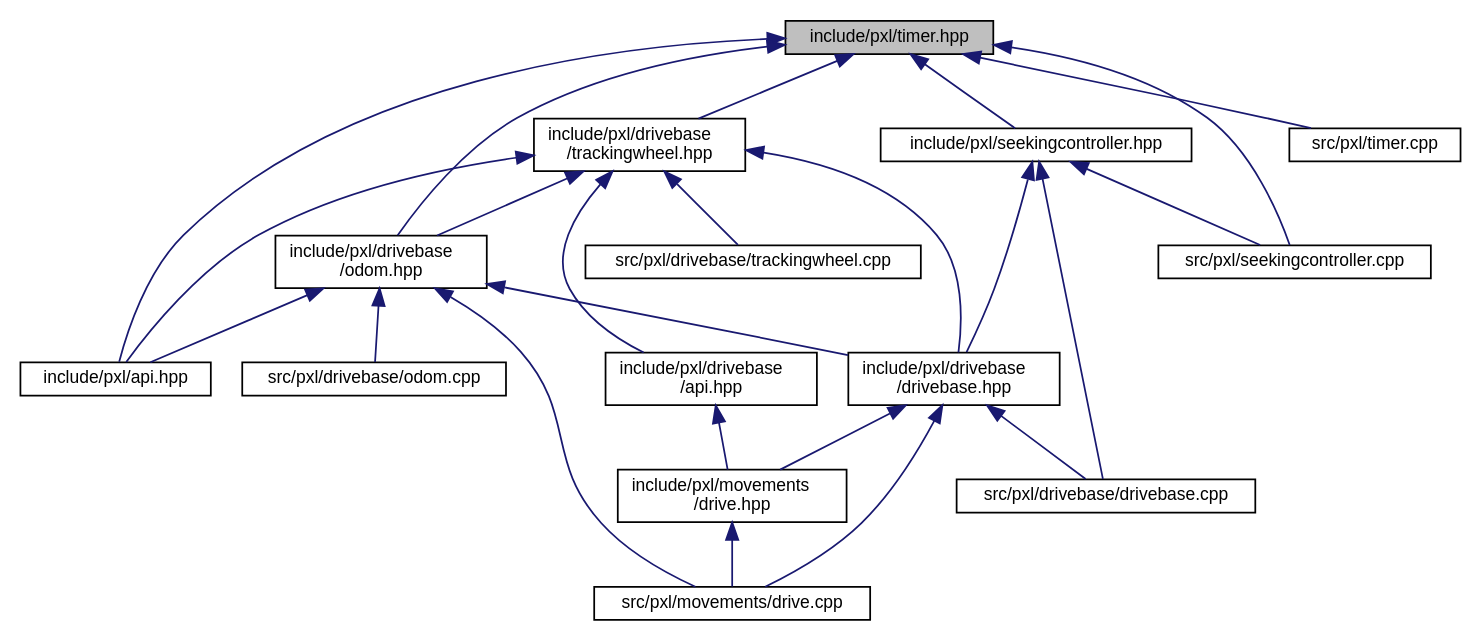
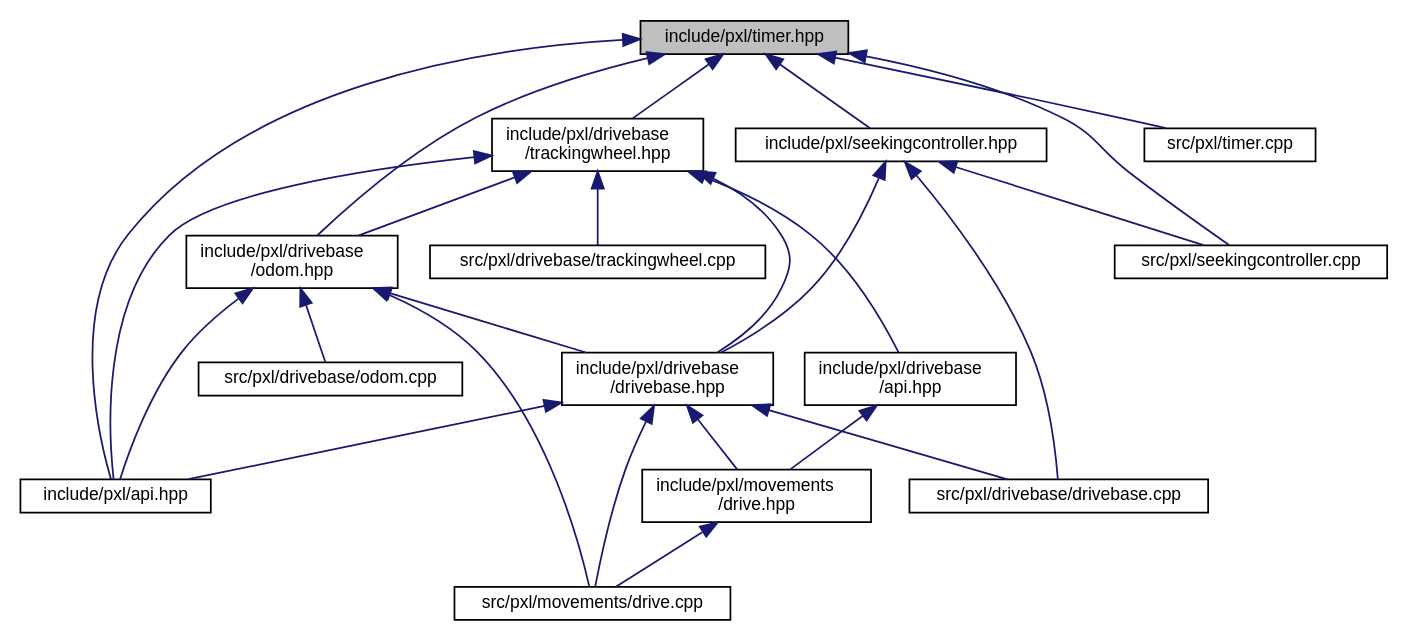
Before and after one commit to Pixel-Lib/Pixel: the diagram in timer_8hpp__dep__incl.dot, drawn with Graphviz. The commit also changed 14 other files, not shown here.

```diff
--- a/timer_8hpp__dep__incl.dot
+++ b/timer_8hpp__dep__incl.dot
@@ -1,43 +1,44 @@
 digraph "include/pxl/timer.hpp"
 {
  // LATEX_PDF_SIZE
   edge [fontname="Helvetica",fontsize="10",labelfontname="Helvetica",labelfontsize="10"];
   node [fontname="Helvetica",fontsize="10",shape=record];
   Node1 [label="include/pxl/timer.hpp",height=0.2,width=0.4,color="black", fillcolor="grey75", style="filled", fontcolor="black",tooltip=" "];
   Node1 -> Node2 [dir="back",color="midnightblue",fontsize="10",style="solid",fontname="Helvetica"];
   Node2 [label="include/pxl/api.hpp",height=0.2,width=0.4,color="black", fillcolor="white", style="filled",URL="$api_8hpp.html",tooltip=" "];
   Node1 -> Node3 [dir="back",color="midnightblue",fontsize="10",style="solid",fontname="Helvetica"];
   Node3 [label="include/pxl/drivebase\l/odom.hpp",height=0.2,width=0.4,color="black", fillcolor="white", style="filled",URL="$odom_8hpp.html",tooltip=" "];
   Node3 -> Node2 [dir="back",color="midnightblue",fontsize="10",style="solid",fontname="Helvetica"];
   Node3 -> Node4 [dir="back",color="midnightblue",fontsize="10",style="solid",fontname="Helvetica"];
   Node4 [label="include/pxl/drivebase\l/drivebase.hpp",height=0.2,width=0.4,color="black", fillcolor="white", style="filled",URL="$drivebase_8hpp.html",tooltip=" "];
+  Node4 -> Node2 [dir="back",color="midnightblue",fontsize="10",style="solid",fontname="Helvetica"];
   Node4 -> Node5 [dir="back",color="midnightblue",fontsize="10",style="solid",fontname="Helvetica"];
   Node5 [label="include/pxl/movements\l/drive.hpp",height=0.2,width=0.4,color="black", fillcolor="white", style="filled",URL="$drive_8hpp.html",tooltip=" "];
   Node5 -> Node6 [dir="back",color="midnightblue",fontsize="10",style="solid",fontname="Helvetica"];
   Node6 [label="src/pxl/movements/drive.cpp",height=0.2,width=0.4,color="black", fillcolor="white", style="filled",URL="$drive_8cpp.html",tooltip=" "];
   Node4 -> Node7 [dir="back",color="midnightblue",fontsize="10",style="solid",fontname="Helvetica"];
   Node7 [label="src/pxl/drivebase/drivebase.cpp",height=0.2,width=0.4,color="black", fillcolor="white", style="filled",URL="$drivebase_8cpp.html",tooltip=" "];
   Node4 -> Node6 [dir="back",color="midnightblue",fontsize="10",style="solid",fontname="Helvetica"];
   Node3 -> Node8 [dir="back",color="midnightblue",fontsize="10",style="solid",fontname="Helvetica"];
   Node8 [label="src/pxl/drivebase/odom.cpp",height=0.2,width=0.4,color="black", fillcolor="white", style="filled",URL="$odom_8cpp.html",tooltip=" "];
   Node3 -> Node6 [dir="back",color="midnightblue",fontsize="10",style="solid",fontname="Helvetica"];
   Node1 -> Node9 [dir="back",color="midnightblue",fontsize="10",style="solid",fontname="Helvetica"];
   Node9 [label="include/pxl/drivebase\l/trackingwheel.hpp",height=0.2,width=0.4,color="black", fillcolor="white", style="filled",URL="$trackingwheel_8hpp.html",tooltip=" "];
   Node9 -> Node2 [dir="back",color="midnightblue",fontsize="10",style="solid",fontname="Helvetica"];
   Node9 -> Node10 [dir="back",color="midnightblue",fontsize="10",style="solid",fontname="Helvetica"];
   Node10 [label="include/pxl/drivebase\l/api.hpp",height=0.2,width=0.4,color="black", fillcolor="white", style="filled",URL="$drivebase_2api_8hpp.html",tooltip=" "];
   Node10 -> Node5 [dir="back",color="midnightblue",fontsize="10",style="solid",fontname="Helvetica"];
   Node9 -> Node4 [dir="back",color="midnightblue",fontsize="10",style="solid",fontname="Helvetica"];
   Node9 -> Node3 [dir="back",color="midnightblue",fontsize="10",style="solid",fontname="Helvetica"];
   Node9 -> Node11 [dir="back",color="midnightblue",fontsize="10",style="solid",fontname="Helvetica"];
   Node11 [label="src/pxl/drivebase/trackingwheel.cpp",height=0.2,width=0.4,color="black", fillcolor="white", style="filled",URL="$trackingwheel_8cpp.html",tooltip=" "];
   Node1 -> Node12 [dir="back",color="midnightblue",fontsize="10",style="solid",fontname="Helvetica"];
   Node12 [label="include/pxl/seekingcontroller.hpp",height=0.2,width=0.4,color="black", fillcolor="white", style="filled",URL="$seekingcontroller_8hpp.html",tooltip=" "];
   Node12 -> Node4 [dir="back",color="midnightblue",fontsize="10",style="solid",fontname="Helvetica"];
   Node12 -> Node7 [dir="back",color="midnightblue",fontsize="10",style="solid",fontname="Helvetica"];
   Node12 -> Node13 [dir="back",color="midnightblue",fontsize="10",style="solid",fontname="Helvetica"];
   Node13 [label="src/pxl/seekingcontroller.cpp",height=0.2,width=0.4,color="black", fillcolor="white", style="filled",URL="$seekingcontroller_8cpp.html",tooltip=" "];
   Node1 -> Node13 [dir="back",color="midnightblue",fontsize="10",style="solid",fontname="Helvetica"];
   Node1 -> Node14 [dir="back",color="midnightblue",fontsize="10",style="solid",fontname="Helvetica"];
   Node14 [label="src/pxl/timer.cpp",height=0.2,width=0.4,color="black", fillcolor="white", style="filled",URL="$timer_8cpp.html",tooltip=" "];
 }
```
